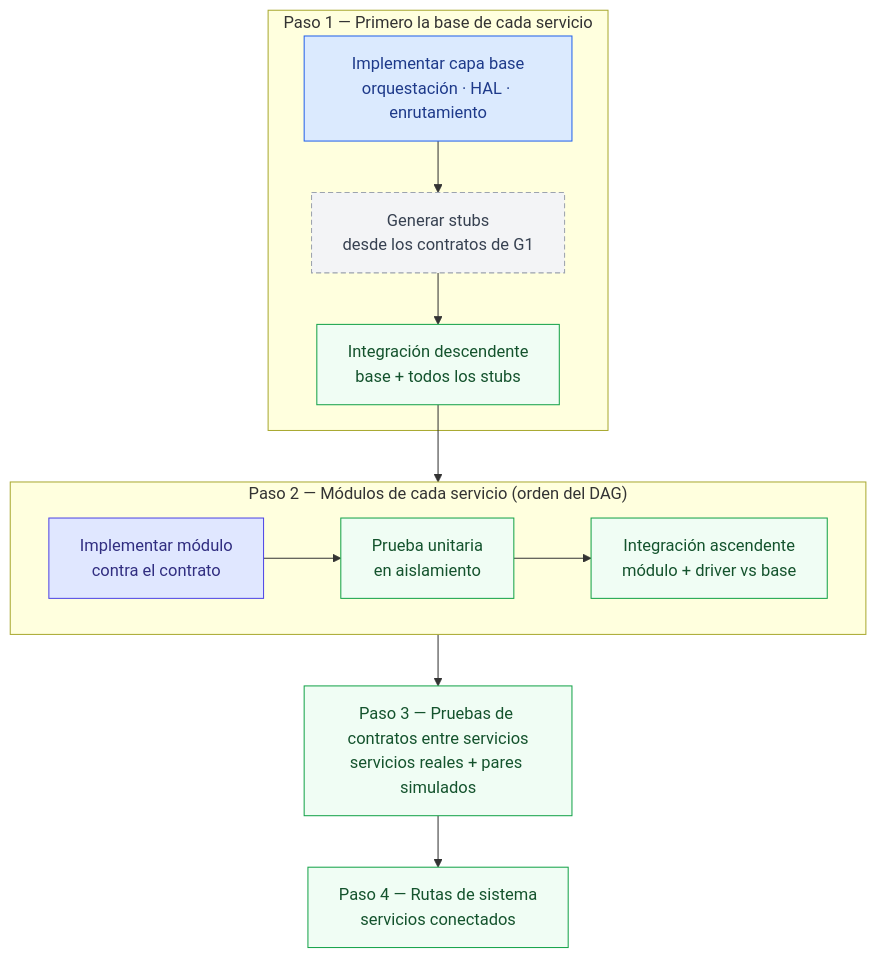
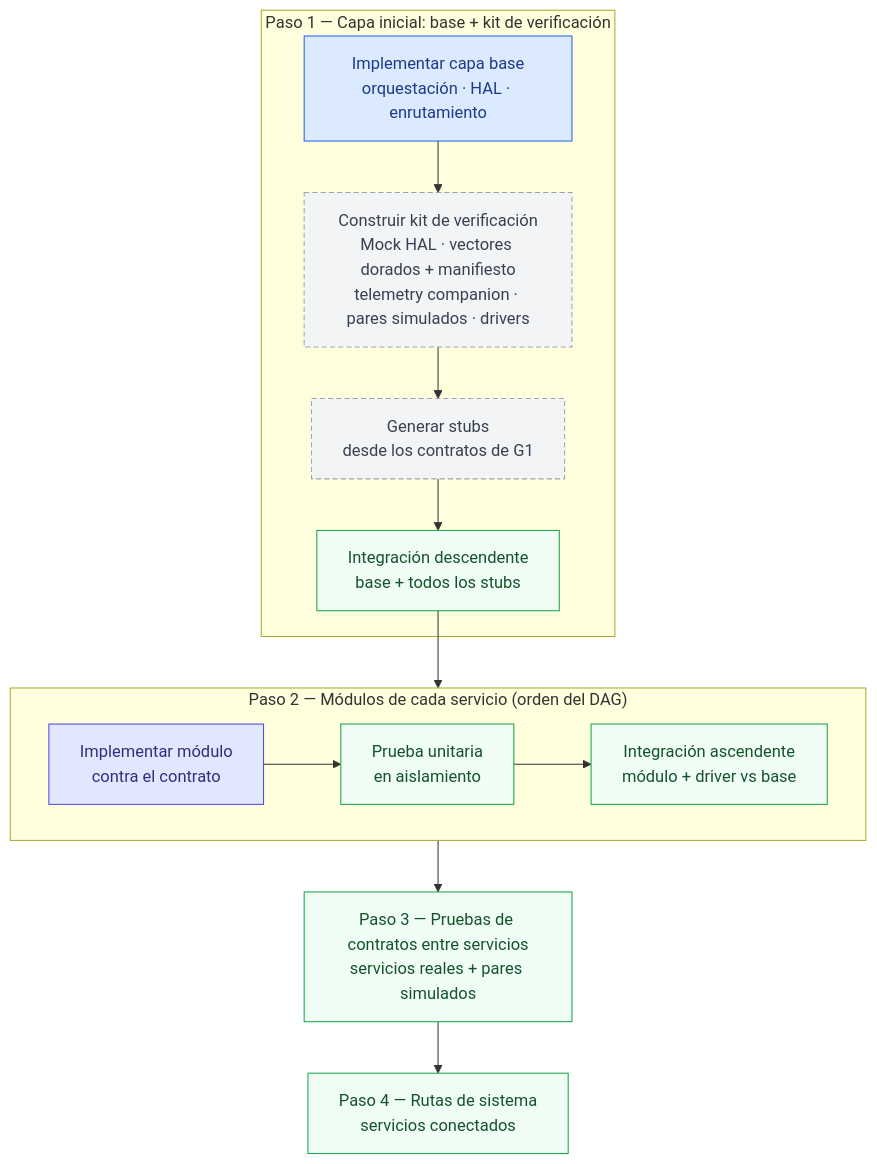
The eighth of 11 diagrams in methodology/V-SIL-v3/V-SIL_v3-spa.md (dramirezbe/codeanvil-gcpds), drawn with Mermaid before and after one commit. The commit also changed other lines of this file and 3 other files, not shown here.

Commit message:
docs(v-sil-v3): make the Real HW HAL and lab inputs optional, telemetry mandatory

````diff
--- a/methodology/V-SIL-v3/V-SIL_v3-spa.md
+++ b/methodology/V-SIL-v3/V-SIL_v3-spa.md
@@ -287,25 +293,26 @@
 ```mermaid
 flowchart TD
     classDef base fill:#dbeafe,stroke:#2563eb,color:#1e3a8a
     classDef mod fill:#e0e7ff,stroke:#4f46e5,color:#312e81
     classDef test fill:#f0fdf4,stroke:#16a34a,color:#14532d
     classDef stub fill:#f3f4f6,stroke:#9ca3af,color:#374151,stroke-dasharray:5 3
 
-    subgraph STEP1["Paso 1 — Primero la base de cada servicio"]
+    subgraph STEP1["Paso 1 — Capa inicial: base + kit de verificación"]
         B["Implementar capa base<br/>orquestación · HAL · enrutamiento"]:::base
+        KIT["Construir kit de verificación<br/>Mock HAL · vectores dorados + manifiesto<br/>telemetry companion · pares simulados · drivers"]:::stub
         STUBS["Generar stubs<br/>desde los contratos de G1"]:::stub
         TD["Integración descendente<br/>base + todos los stubs"]:::test
-        B --> STUBS --> TD
+        B --> KIT --> STUBS --> TD
     end
 
     subgraph STEP2["Paso 2 — Módulos de cada servicio (orden del DAG)"]
         IMPL["Implementar módulo<br/>contra el contrato"]:::mod
         UT["Prueba unitaria<br/>en aislamiento"]:::test
         BU["Integración ascendente<br/>módulo + driver vs base"]:::test
         IMPL --> UT --> BU
     end
 
     TD --> STEP2
     STEP2 --> CONTRACT["Paso 3 — Pruebas de contratos entre servicios<br/>servicios reales + pares simulados"]:::test
     CONTRACT --> SYSTEM["Paso 4 — Rutas de sistema<br/>servicios conectados"]:::test
 ```
````
